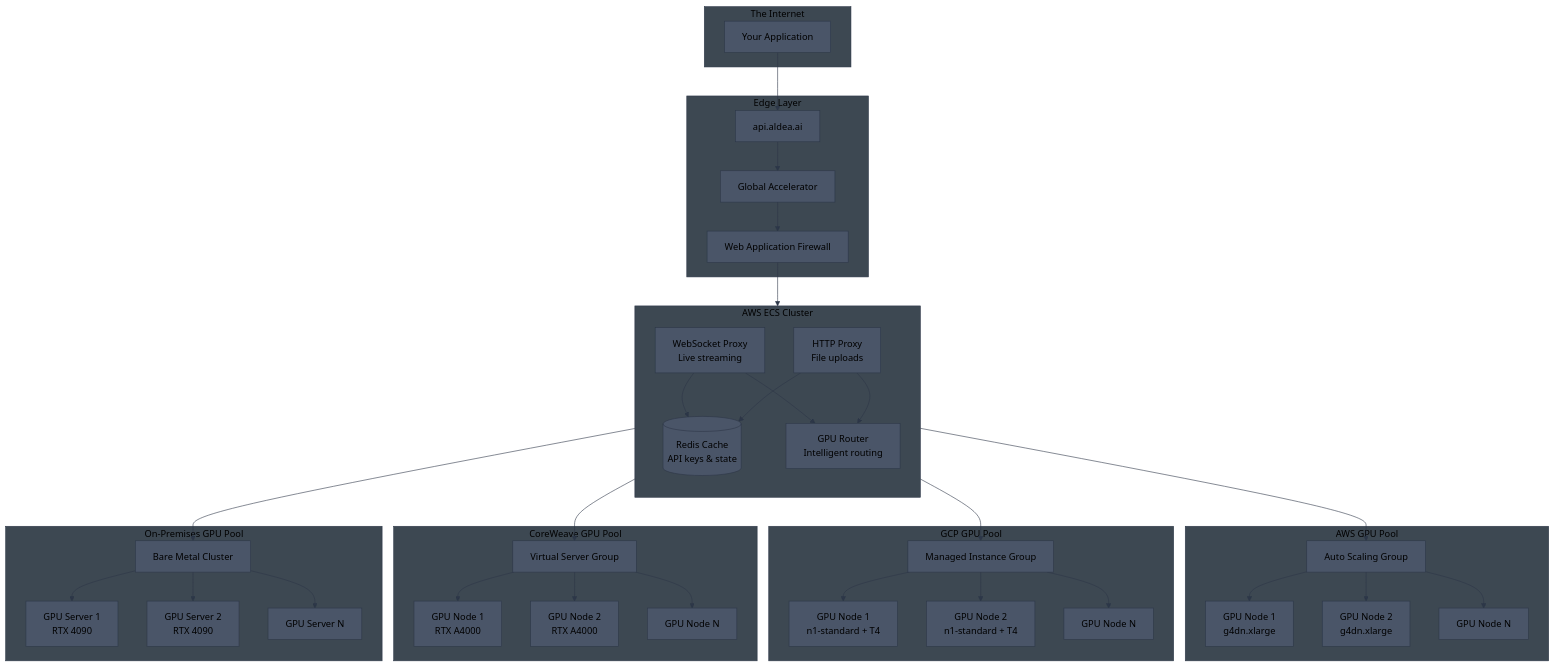
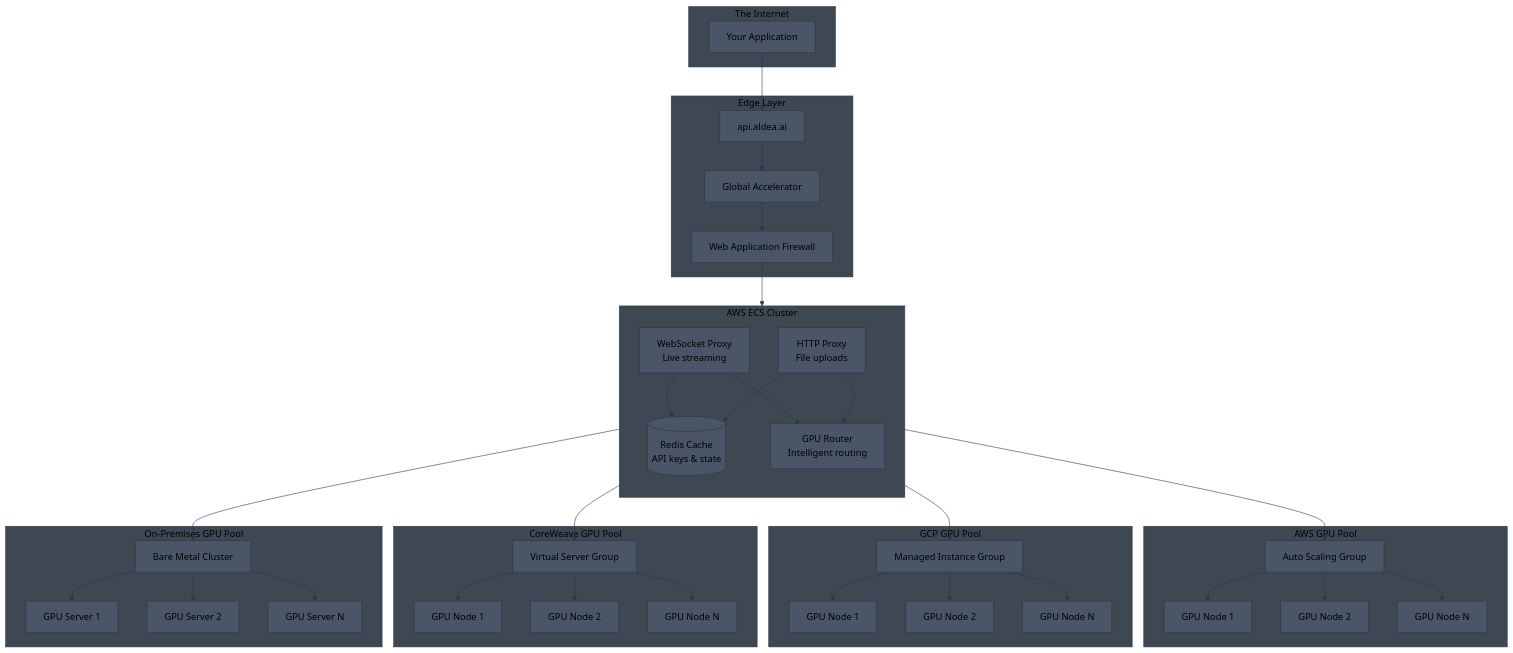
One commit to aldea-ai/infrastructure-docs changed the first of 10 diagrams in diagrams/multi-cloud-gpu-architecture.md. Above: the diagram before and after it, drawn with Mermaid. The commit also changed other lines of this file, not shown here.

Commit message:
Remove specific GPU model names from diagrams

````diff
--- a/diagrams/multi-cloud-gpu-architecture.md
+++ b/diagrams/multi-cloud-gpu-architecture.md
@@ -11,58 +11,58 @@
 ```mermaid
 %%{init: {'theme': 'base', 'themeVariables': { 'primaryColor': '#4a5568', 'primaryTextColor': '#000', 'primaryBorderColor': '#2d3748', 'lineColor': '#2d3748', 'secondaryColor': '#5a6577', 'tertiaryColor': '#6b7280', 'clusterBkg': '#3d4852', 'clusterBorder': '#2d3748', 'titleColor': '#000'}}}%%
 flowchart TB
     subgraph Internet["The Internet"]
         USER[Your Application]
     end
 
     subgraph Edge["Edge Layer"]
         DNS[api.aldea.ai]
         GA[Global Accelerator]
         WAF[Web Application Firewall]
     end
 
     subgraph ECS["AWS ECS Cluster"]
         direction TB
         WS[WebSocket Proxy<br/>Live streaming]
         HTTP[HTTP Proxy<br/>File uploads]
         ROUTER[GPU Router<br/>Intelligent routing]
         REDIS[(Redis Cache<br/>API keys & state)]
     end
 
     subgraph AWS_GPU["AWS GPU Pool"]
         AWS_ASG[Auto Scaling Group]
-        AWS_1[GPU Node 1<br/>g4dn.xlarge]
-        AWS_2[GPU Node 2<br/>g4dn.xlarge]
+        AWS_1[GPU Node 1]
+        AWS_2[GPU Node 2]
         AWS_N[GPU Node N]
     end
 
     subgraph GCP_GPU["GCP GPU Pool"]
         GCP_ASG[Managed Instance Group]
-        GCP_1[GPU Node 1<br/>n1-standard + T4]
-        GCP_2[GPU Node 2<br/>n1-standard + T4]
+        GCP_1[GPU Node 1]
+        GCP_2[GPU Node 2]
         GCP_N[GPU Node N]
     end
 
     subgraph CW_GPU["CoreWeave GPU Pool"]
         CW_ASG[Virtual Server Group]
-        CW_1[GPU Node 1<br/>RTX A4000]
-        CW_2[GPU Node 2<br/>RTX A4000]
+        CW_1[GPU Node 1]
+        CW_2[GPU Node 2]
         CW_N[GPU Node N]
     end
 
     subgraph ONPREM_GPU["On-Premises GPU Pool"]
         OP_ASG[Bare Metal Cluster]
-        OP_1[GPU Server 1<br/>RTX 4090]
-        OP_2[GPU Server 2<br/>RTX 4090]
+        OP_1[GPU Server 1]
+        OP_2[GPU Server 2]
         OP_N[GPU Server N]
     end
 
     USER --> DNS --> GA --> WAF --> ECS
     WS & HTTP --> REDIS
     WS & HTTP --> ROUTER
     ROUTER --> AWS_ASG & GCP_ASG & CW_ASG & OP_ASG
     AWS_ASG --> AWS_1 & AWS_2 & AWS_N
     GCP_ASG --> GCP_1 & GCP_2 & GCP_N
     CW_ASG --> CW_1 & CW_2 & CW_N
     OP_ASG --> OP_1 & OP_2 & OP_N
 ```
````
